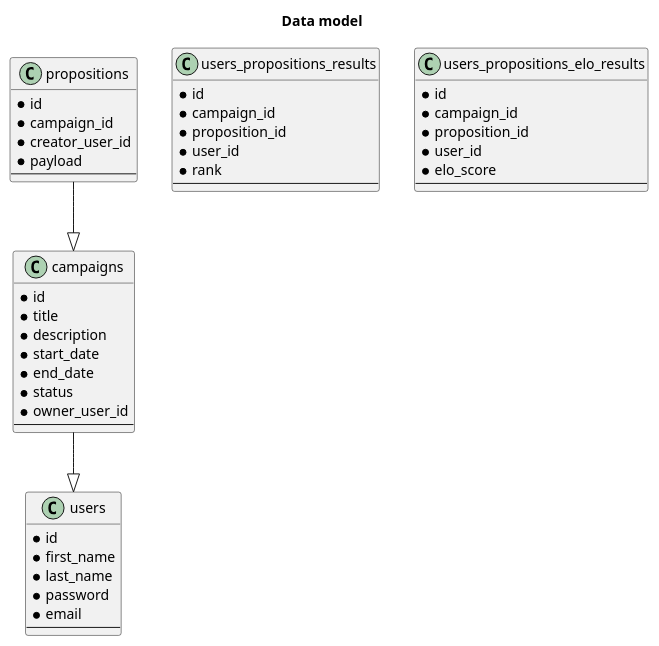
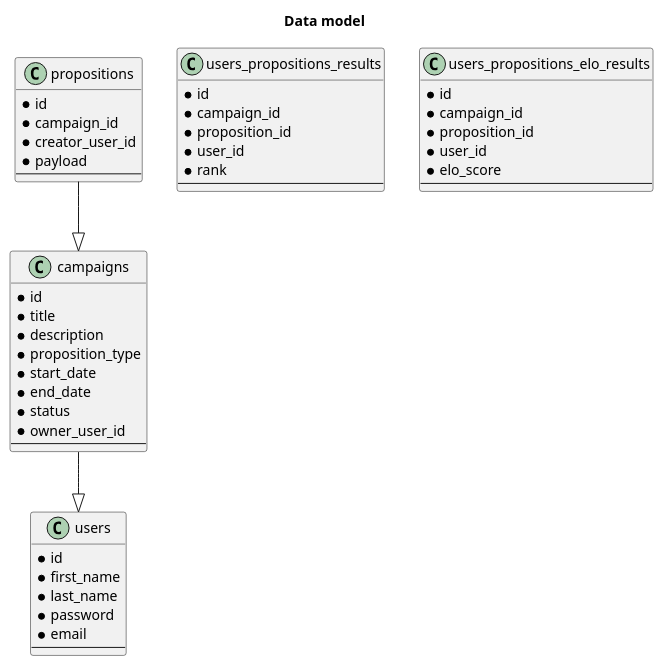
The diagram in documentation/diagram.puml (Akrobate/agora), drawn with PlantUML before and after one commit. The commit also changed 8 other files, not shown here.

Commit message:
Added field proposition type

```diff
--- a/documentation/diagram.puml
+++ b/documentation/diagram.puml
@@ -1,56 +1,57 @@
 @startuml
 
 title Data model
 
 class "users" {
   * id
   * first_name
   * last_name
   * password
   * email
   --
 }
 
 class "campaigns" {
   * id
   * title
   * description
+  * proposition_type
   * start_date
   * end_date
   * status
   * owner_user_id
   --
 }
 
 class "propositions" {
   * id
   * campaign_id
   * creator_user_id
   * payload
   --
 }
 
 class "users_propositions_results" {
   * id
   * campaign_id
   * proposition_id
   * user_id
   * rank
   --
 }
 
 class "users_propositions_elo_results" {
   * id
   * campaign_id
   * proposition_id
   * user_id
   * elo_score
   --
 }
 
 
 
 campaigns --|> users
 propositions --|> campaigns
 
 @enduml
```
